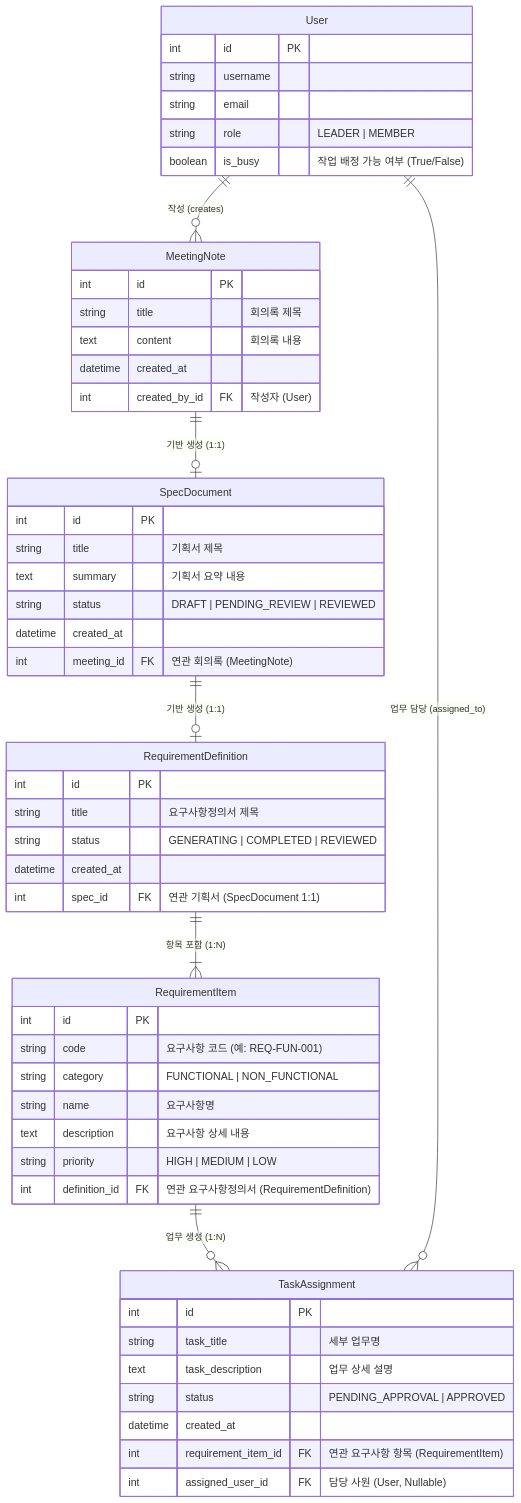
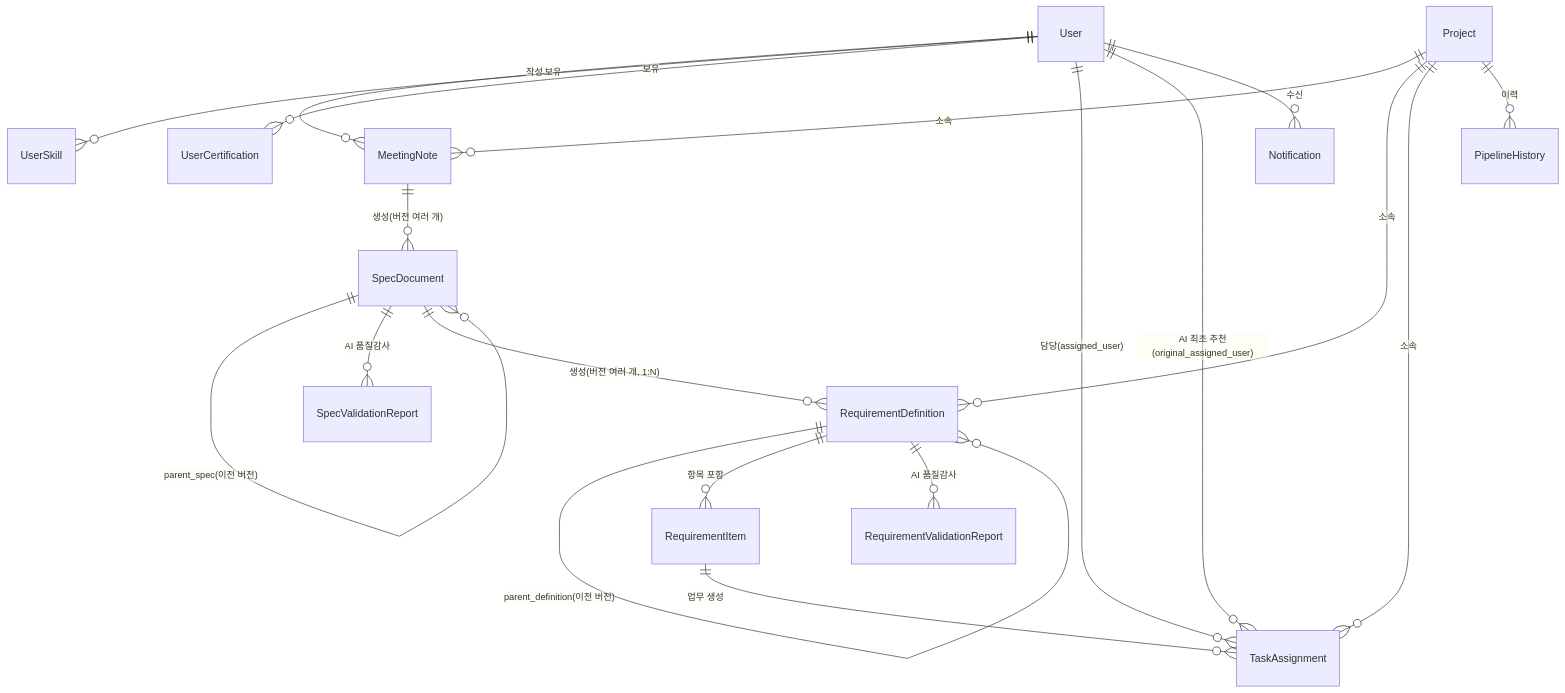
Before and after one commit to SKNETWORKS-FAMILY-AICAMP/SKN31-FINAL-1Team: the second of 2 diagrams in backend/backend_readme.md, drawn with Mermaid. The commit also changed other lines of this file and 8 other files, not shown here.

````diff
--- a/backend/backend_readme.md
+++ b/backend/backend_readme.md
@@ -248,69 +158,24 @@
 ```mermaid
 erDiagram
-    %% 1. User Entity (users app)
-    User {
-        int id PK
-        string username
-        string email
-        string role "LEADER | MEMBER"
-        boolean is_busy "작업 배정 가능 여부 (True/False)"
-    }
+    User ||--o{ MeetingNote : "작성"
+    User ||--o{ UserSkill : "보유"
+    User ||--o{ UserCertification : "보유"
+    Project ||--o{ MeetingNote : "소속"
+    Project ||--o{ RequirementDefinition : "소속"
+    Project ||--o{ TaskAssignment : "소속"
+    Project ||--o{ PipelineHistory : "이력"
 
-    %% 2. MeetingNote Entity (meetings app)
-    MeetingNote {
-        int id PK
-        string title "회의록 제목"
-        text content "회의록 내용"
-        datetime created_at
-        int created_by_id FK "작성자 (User)"
-    }
+    MeetingNote ||--o{ SpecDocument : "생성(버전 여러 개)"
+    SpecDocument ||--o{ SpecDocument : "parent_spec(이전 버전)"
+    SpecDocument ||--o{ SpecValidationReport : "AI 품질감사"
+    SpecDocument ||--o{ RequirementDefinition : "생성(버전 여러 개, 1:N)"
 
-    %% 3. SpecDocument Entity (specs app)
-    SpecDocument {
-        int id PK
-        string title "기획서 제목"
-        text summary "기획서 요약 내용"
-        string status "DRAFT | PENDING_REVIEW | REVIEWED"
-        datetime created_at
-        int meeting_id FK "연관 회의록 (MeetingNote)"
-    }
+    RequirementDefinition ||--o{ RequirementDefinition : "parent_definition(이전 버전)"
+    RequirementDefinition ||--o{ RequirementItem : "항목 포함"
+    RequirementDefinition ||--o{ RequirementValidationReport : "AI 품질감사"
 
-    %% 4. RequirementDefinition Entity (requirements app)
-    RequirementDefinition {
-        int id PK
-        string title "요구사항정의서 제목"
-        string status "GENERATING | COMPLETED | REVIEWED"
-        datetime created_at
-        int spec_id FK "연관 기획서 (SpecDocument 1:1)"
-    }
-
-    %% 5. RequirementItem Entity (requirements app)
-    RequirementItem {
-        int id PK
-        string code "요구사항 코드 (예: REQ-FUN-001)"
-        string category "FUNCTIONAL | NON_FUNCTIONAL"
-        string name "요구사항명"
-        text description "요구사항 상세 내용"
-        string priority "HIGH | MEDIUM | LOW"
-        int definition_id FK "연관 요구사항정의서 (RequirementDefinition)"
-    }
-
-    %% 6. TaskAssignment Entity (tasks app)
-    TaskAssignment {
-        int id PK
-        string task_title "세부 업무명"
-        text task_description "업무 상세 설명"
-        string status "PENDING_APPROVAL | APPROVED"
-        datetime created_at
-        int requirement_item_id FK "연관 요구사항 항목 (RequirementItem)"
-        int assigned_user_id FK "담당 사원 (User, Nullable)"
-    }
-
-    %% Relationships
-    User ||--o{ MeetingNote : "작성 (creates)"
-    MeetingNote ||--o| SpecDocument : "기반 생성 (1:1)"
-    SpecDocument ||--o| RequirementDefinition : "기반 생성 (1:1)"
-    RequirementDefinition ||--|{ RequirementItem : "항목 포함 (1:N)"
-    RequirementItem ||--o{ TaskAssignment : "업무 생성 (1:N)"
-    User ||--o{ TaskAssignment : "업무 담당 (assigned_to)"
+    RequirementItem ||--o{ TaskAssignment : "업무 생성"
+    User ||--o{ TaskAssignment : "담당(assigned_user)"
+    User ||--o{ TaskAssignment : "AI 최초 추천(original_assigned_user)"
+    User ||--o{ Notification : "수신"
 ```
````
